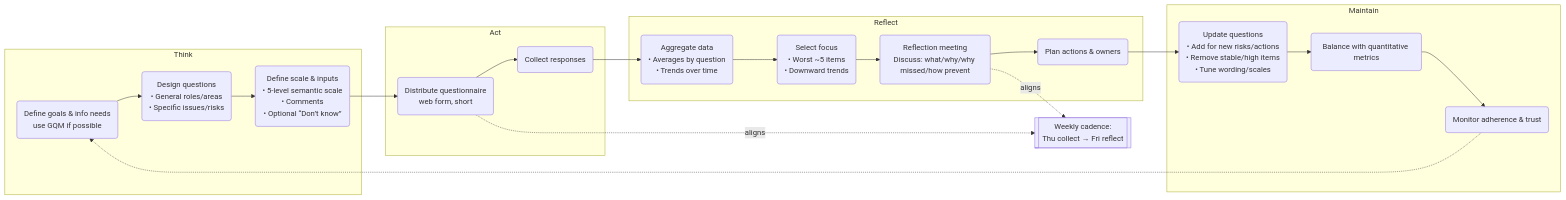
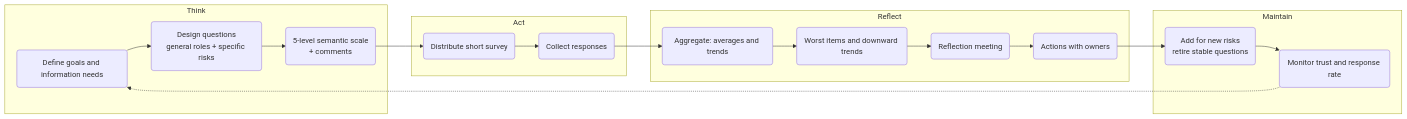
The diagram in content/proc/basics/scoreboard.md (msdbok/msdbok.github.io), drawn with Mermaid before and after one commit. The commit also changed other lines of this file and 30 other files, not shown here.

````diff
--- a/content/proc/basics/scoreboard.md
+++ b/content/proc/basics/scoreboard.md
@@ -33,43 +33,23 @@
 ```mermaid
 flowchart LR
-  %% Phases
   subgraph T[Think]
-    GQM(Define goals & info needs<br/>use GQM if possible)
-    QDEF(Design questions<br/>• General roles/areas<br/>• Specific issues/risks)
-    SCALE(Define scale & inputs<br/>• 5-level semantic scale<br/>• Comments<br/>• Optional “Don’t know”)
-    GQM --> QDEF --> SCALE
+    GOAL(Define goals and information needs)
+    QDEF(Design questions<br/>general roles + specific risks)
+    SCALE(5-level semantic scale<br/>+ comments)
+    GOAL --> QDEF --> SCALE
   end
-
   subgraph A[Act]
-    DIST(Distribute questionnaire<br/>web form, short)
-    RESP(Collect responses)
-    DIST --> RESP
+    DIST(Distribute short survey) --> RESP(Collect responses)
   end
-
   subgraph R[Reflect]
-    AGG(Aggregate data<br/>• Averages by question<br/>• Trends over time)
-    SELECT(Select focus<br/>• Worst ~5 items<br/>• Downward trends)
-    MEET(Reflection meeting<br/>Discuss: what/why/why missed/how prevent)
-    ACTION(Plan actions & owners)
-    AGG --> SELECT --> MEET --> ACTION
+    AGG(Aggregate: averages and trends) --> SELECT(Worst items and downward trends)
+    SELECT --> MEET(Reflection meeting) --> ACTION(Actions with owners)
   end
-
   subgraph M[Maintain]
-    UPDATE(Update questions<br/>• Add for new risks/actions<br/>• Remove stable/high items<br/>• Tune wording/scales)
-    BALANCE(Balance with quantitative metrics)
-    CHECK(Monitor adherence & trust)
-    UPDATE --> BALANCE --> CHECK
+    UPDATE(Add for new risks<br/>retire stable questions) --> CHECK(Monitor trust and response rate)
   end
-
-  %% Cross-phase flow
   SCALE --> DIST
   RESP --> AGG
   ACTION --> UPDATE
-  CHECK -.-> GQM
-
-  %% Cadence (as a node, not a note)
-  WEEK[[Weekly cadence:<br/>Thu collect → Fri reflect]]
-  DIST -. aligns .-> WEEK
-  MEET -. aligns .-> WEEK
-
+  CHECK -.-> GOAL
 ```
````
